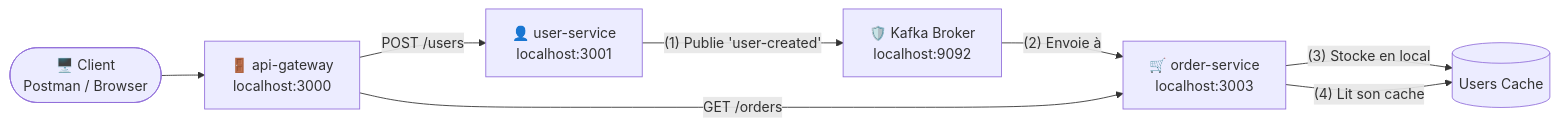
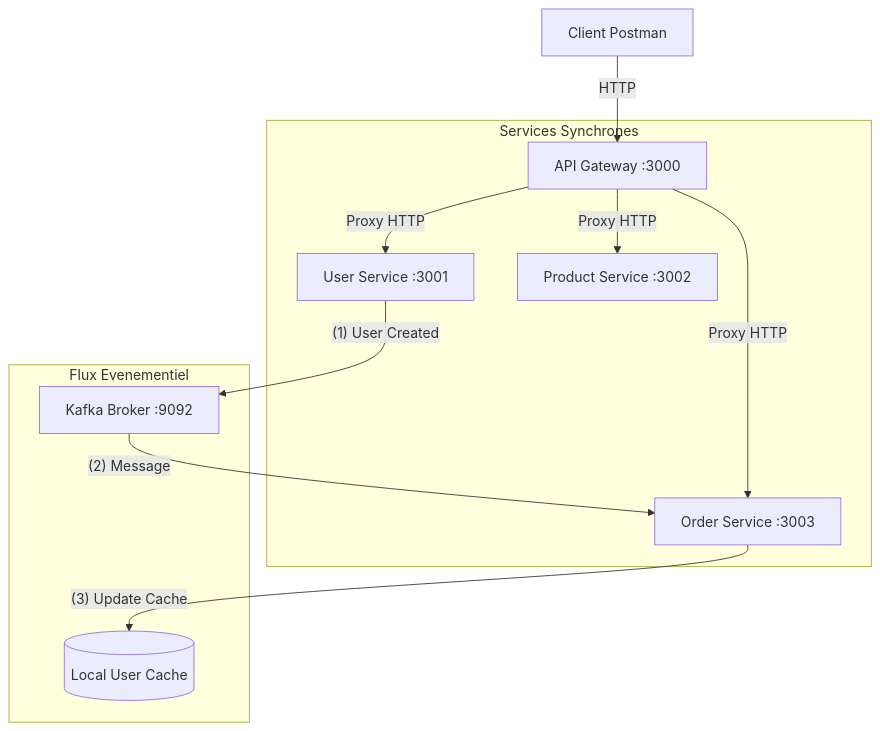
The diagram in README.md (OussamaNaya/Microservices-with-Express-js), drawn with Mermaid before and after one commit. The commit also changed other lines of this file, not shown here.

````diff
--- a/README.md
+++ b/README.md
@@ -252,16 +56,16 @@
 ```mermaid
-graph LR
-    Client(["🖥️ Client\nPostman / Browser"])
-    GW["🚪 api-gateway\nlocalhost:3000"]
-    US["👤 user-service\nlocalhost:3001"]
-    OS["🛒 order-service\nlocalhost:3003"]
-    K["🛡️ Kafka Broker\nlocalhost:9092"]
+graph TD
+    Client[Client Postman] -->|HTTP| GW[API Gateway :3000]
+    
+    subgraph Services Synchrones
+        GW -->|Proxy HTTP| US[User Service :3001]
+        GW -->|Proxy HTTP| PS[Product Service :3002]
+        GW -->|Proxy HTTP| OS[Order Service :3003]
+    end
 
-    Client --> GW
-    GW -->|POST /users| US
-    US --"(1) Publie 'user-created'"--> K
-    K --"(2) Envoie à"--> OS
-    OS --"(3) Stocke en local"--> Cache[(Users Cache)]
-    GW -->|GET /orders| OS
-    OS --"(4) Lit son cache"--> Cache
+    subgraph Flux Evenementiel
+        US --"(1) User Created"--> K[Kafka Broker :9092]
+        K --"(2) Message"--> OS
+        OS --"(3) Update Cache"--> Cache[(Local User Cache)]
+    end
 ```
````
